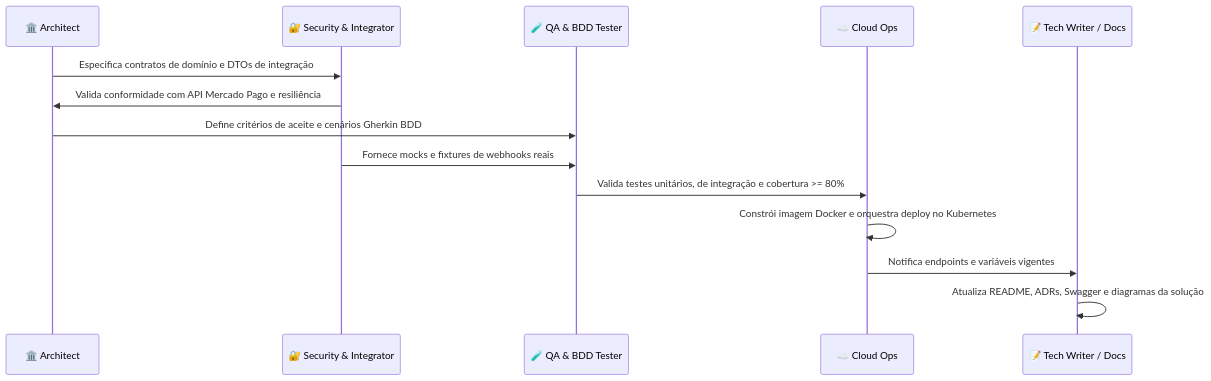
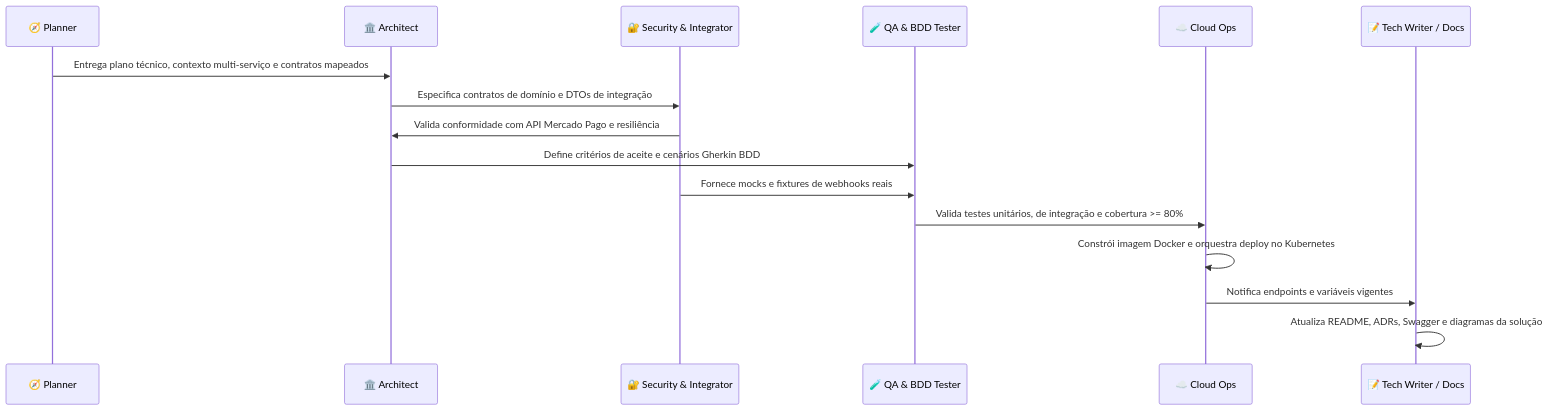
One commit to SOAT-FIAP-2026/techchallenge-billing-service changed the diagram in AGENTS.md. Above: the diagram before and after it, drawn with Mermaid. The commit also changed other lines of this file and 2 other files, not shown here.

Commit message:
feat(planner-agent): adiciona agente de planejamento e exploracao de contexto pre-codificacao

````diff
--- a/AGENTS.md
+++ b/AGENTS.md
@@ -113,17 +131,19 @@
 ```mermaid
 sequenceDiagram
+    participant PLAN as 🧭 Planner
     participant ARC as 🏛️ Architect
     participant INT as 🔐 Security & Integrator
     participant QA as 🧪 QA & BDD Tester
     participant OPS as ☁️ Cloud Ops
     participant DOCS as 📝 Tech Writer / Docs
 
+    PLAN->>ARC: Entrega plano técnico, contexto multi-serviço e contratos mapeados
     ARC->>INT: Especifica contratos de domínio e DTOs de integração
     INT->>ARC: Valida conformidade com API Mercado Pago e resiliência
     ARC->>QA: Define critérios de aceite e cenários Gherkin BDD
     INT->>QA: Fornece mocks e fixtures de webhooks reais
     QA->>OPS: Valida testes unitários, de integração e cobertura >= 80%
     OPS->>OPS: Constrói imagem Docker e orquestra deploy no Kubernetes
     OPS->>DOCS: Notifica endpoints e variáveis vigentes
     DOCS->>DOCS: Atualiza README, ADRs, Swagger e diagramas da solução
 ```
````
